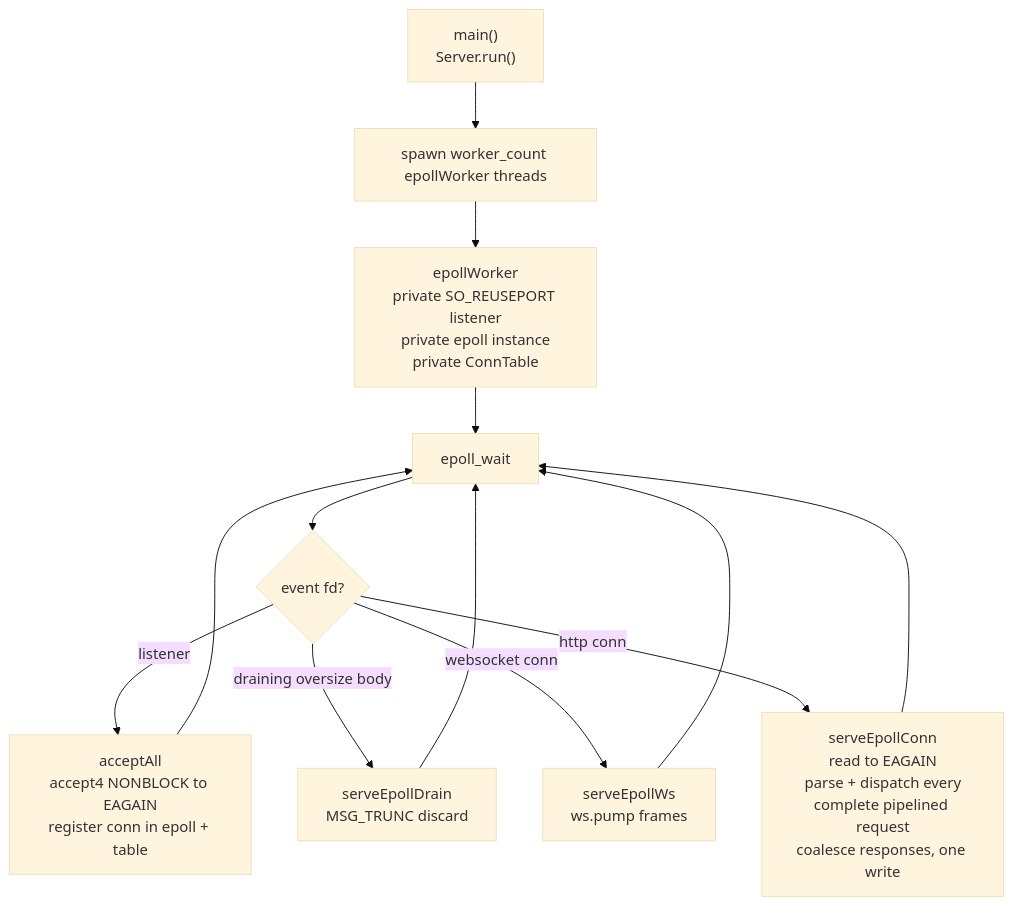
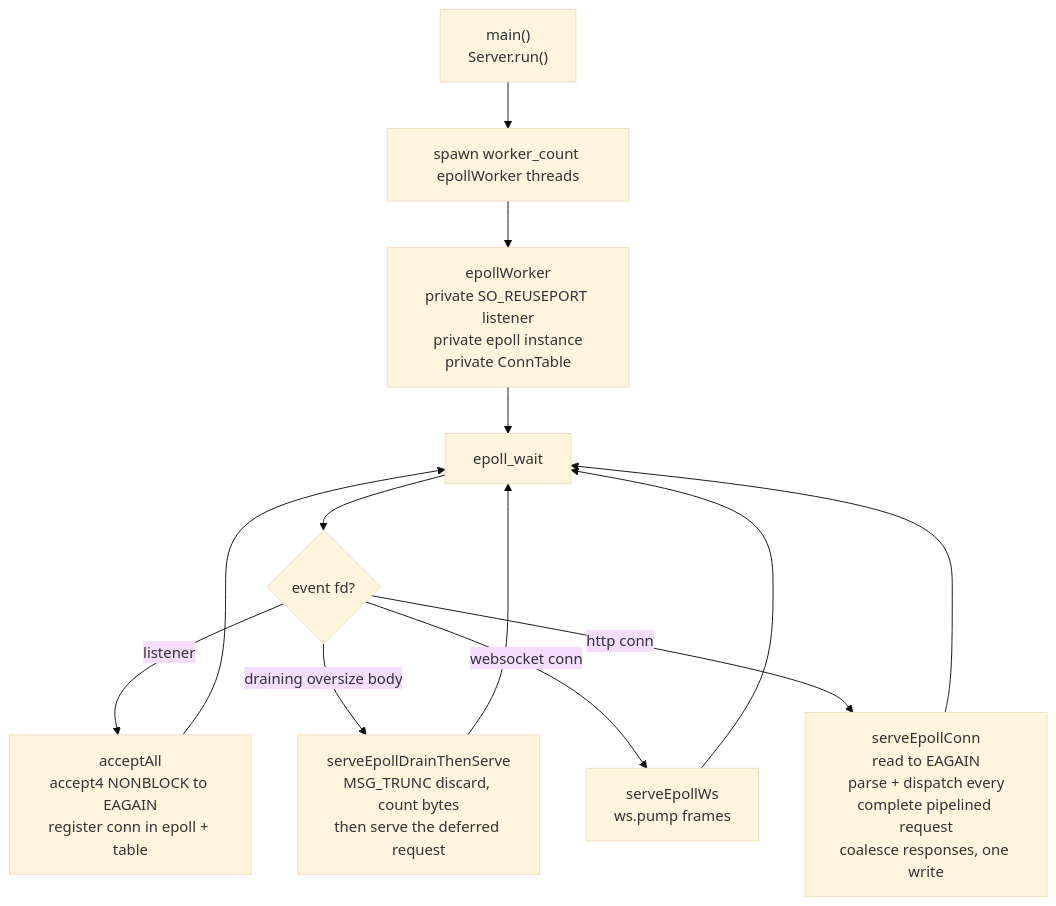
Before and after one commit to prothegee/zix: the second of 5 diagrams in docs/hld-http1-en.md, drawn with Mermaid (base theme). The commit also changed other lines of this file, not shown here.

Commit message:
align http1 hld with the body path rework

````diff
--- a/docs/hld-http1-en.md
+++ b/docs/hld-http1-en.md
@@ -61,15 +61,15 @@
 ```mermaid
 flowchart TD
     MAIN["main()\nServer.run()"] --> SPAWN["spawn worker_count epollWorker threads"]
     SPAWN --> W["epollWorker\nprivate SO_REUSEPORT listener\nprivate epoll instance\nprivate ConnTable"]
     W --> WAIT["epoll_wait"]
     WAIT --> EV{"event fd?"}
     EV -->|listener| ACCEPT["acceptAll\naccept4 NONBLOCK to EAGAIN\nregister conn in epoll + table"]
-    EV -->|draining oversize body| DRAIN["serveEpollDrain\nMSG_TRUNC discard"]
+    EV -->|draining oversize body| DRAIN["serveEpollDrainThenServe\nMSG_TRUNC discard, count bytes\nthen serve the deferred request"]
     EV -->|websocket conn| WS["serveEpollWs\nws.pump frames"]
     EV -->|http conn| HTTP["serveEpollConn\nread to EAGAIN\nparse + dispatch every\ncomplete pipelined request\ncoalesce responses, one write"]
     ACCEPT --> WAIT
     DRAIN --> WAIT
     WS --> WAIT
     HTTP --> WAIT
 ```
````
